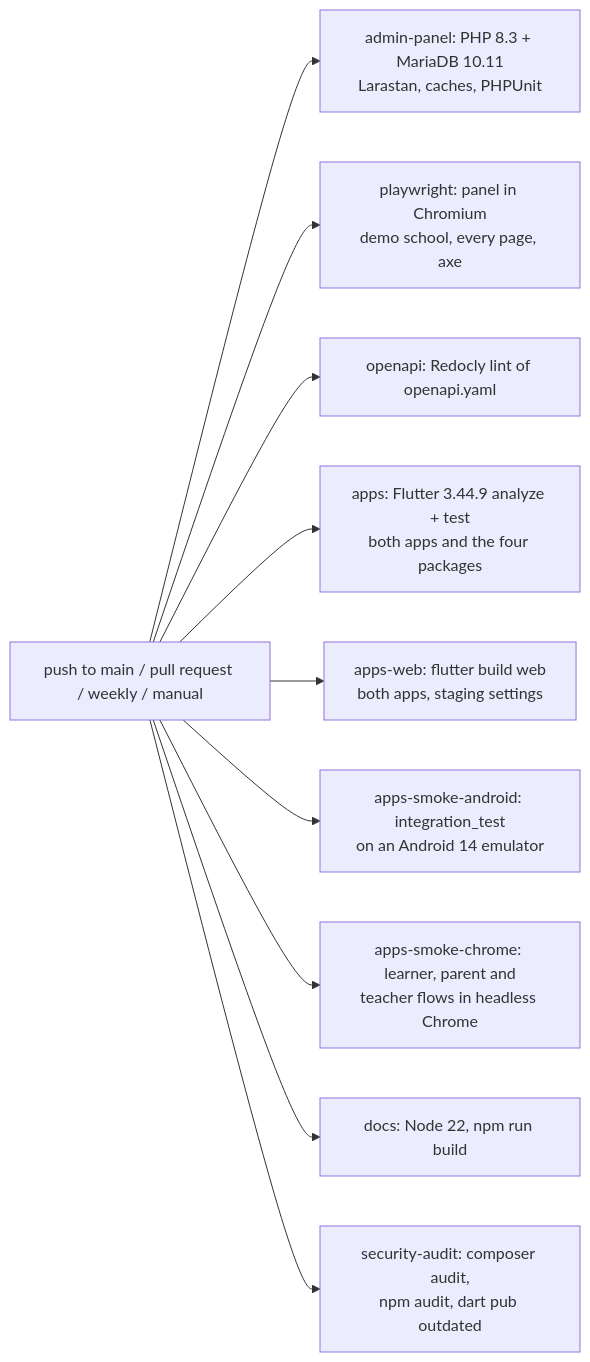
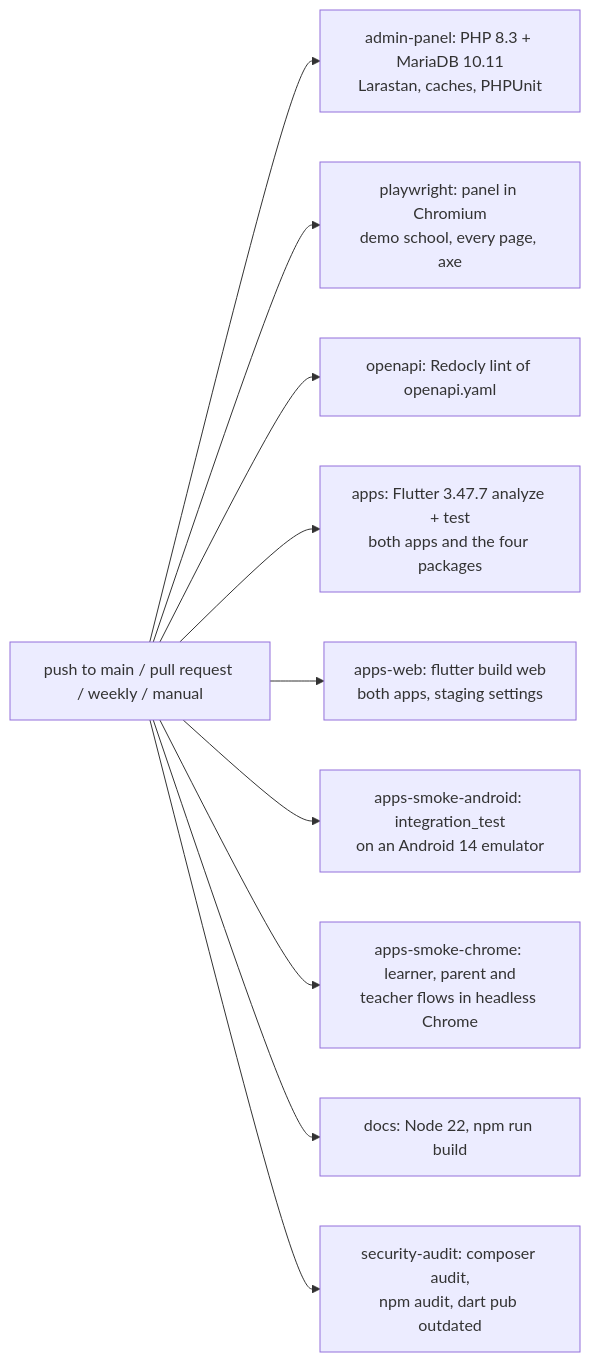
Before and after one commit to ShawnDaPrawn/Eschool: the diagram in wiki/Testing-and-CI.md, drawn with Mermaid. The commit also changed other lines of this file and 58 other files, not shown here.

````diff
--- a/wiki/Testing-and-CI.md
+++ b/wiki/Testing-and-CI.md
@@ -13,12 +13,12 @@
 ```mermaid
 flowchart LR
     T["push to main / pull request / weekly / manual"] --> A["admin-panel: PHP 8.3 + MariaDB 10.11<br/>Larastan, caches, PHPUnit"]
     T --> P["playwright: panel in Chromium<br/>demo school, every page, axe"]
     T --> O["openapi: Redocly lint of openapi.yaml"]
-    T --> B["apps: Flutter 3.44.9 analyze + test<br/>both apps and the four packages"]
+    T --> B["apps: Flutter 3.47.7 analyze + test<br/>both apps and the four packages"]
     T --> W["apps-web: flutter build web<br/>both apps, staging settings"]
     T --> SA["apps-smoke-android: integration_test<br/>on an Android 14 emulator"]
     T --> SC["apps-smoke-chrome: learner, parent and<br/>teacher flows in headless Chrome"]
     T --> C["docs: Node 22, npm run build"]
     T --> D["security-audit: composer audit,<br/>npm audit, dart pub outdated"]
 ```
````
